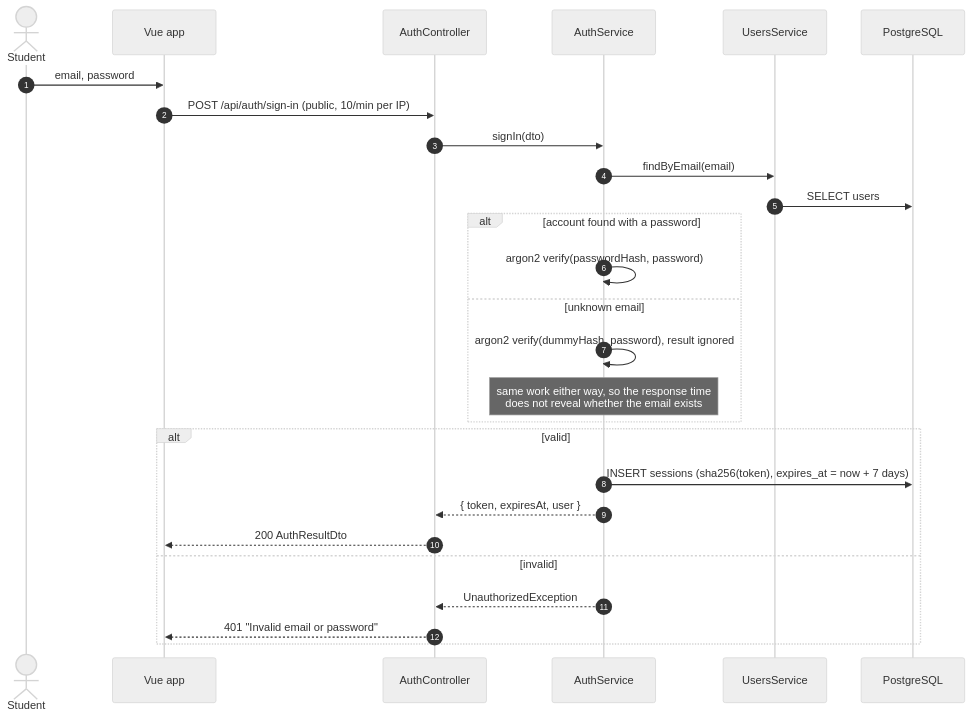
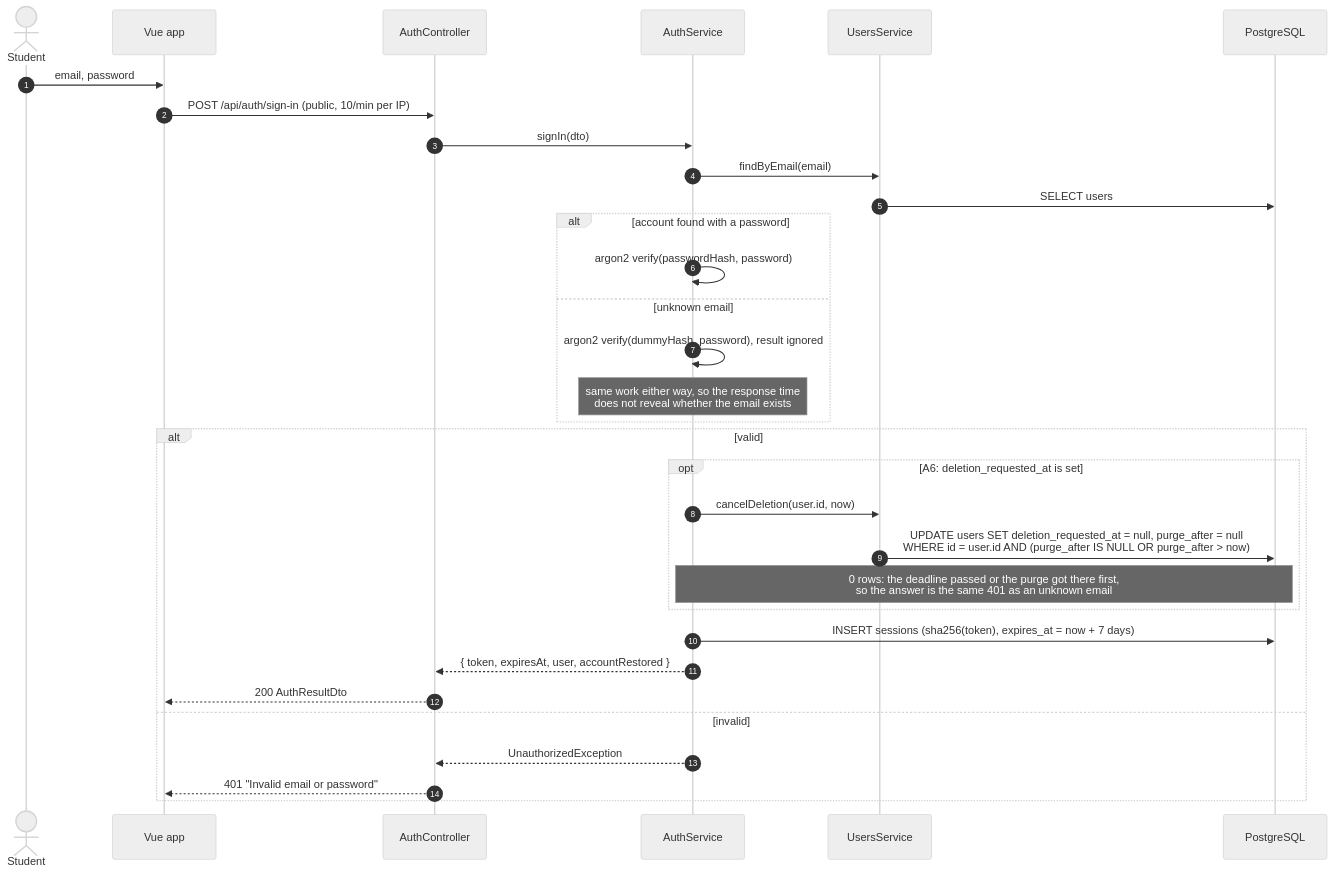
The second of 5 diagrams in docs/analysis-and-design/sequence-diagrams/UC-01-sign-up-and-onboard.md (LLaammTTeerr/omnicourses), drawn with Mermaid (neutral theme) before and after one commit. The commit also changed other lines of this file, not shown here.

First line of the commit message:
docs(design): draw account restore and the sign-up race in uc-01

````diff
--- a/docs/analysis-and-design/sequence-diagrams/UC-01-sign-up-and-onboard.md
+++ b/docs/analysis-and-design/sequence-diagrams/UC-01-sign-up-and-onboard.md
@@ -52,30 +53,35 @@
 ```mermaid
 sequenceDiagram
     autonumber
     actor Student
     participant SPA as Vue app
     participant Ctrl as AuthController
     participant Auth as AuthService
     participant Users as UsersService
     participant DB as PostgreSQL
 
     Student->>SPA: email, password
     SPA->>Ctrl: POST /api/auth/sign-in (public, 10/min per IP)
     Ctrl->>Auth: signIn(dto)
     Auth->>Users: findByEmail(email)
     Users->>DB: SELECT users
     alt account found with a password
         Auth->>Auth: argon2 verify(passwordHash, password)
     else unknown email
         Auth->>Auth: argon2 verify(dummyHash, password), result ignored
         Note over Auth: same work either way, so the response time<br/>does not reveal whether the email exists
     end
     alt valid
+        opt A6: deletion_requested_at is set
+            Auth->>Users: cancelDeletion(user.id, now)
+            Users->>DB: UPDATE users SET deletion_requested_at = null, purge_after = null<br/>WHERE id = user.id AND (purge_after IS NULL OR purge_after > now)
+            Note over Auth,DB: 0 rows: the deadline passed or the purge got there first,<br/>so the answer is the same 401 as an unknown email
+        end
         Auth->>DB: INSERT sessions (sha256(token), expires_at = now + 7 days)
-        Auth-->>Ctrl: { token, expiresAt, user }
+        Auth-->>Ctrl: { token, expiresAt, user, accountRestored }
         Ctrl-->>SPA: 200 AuthResultDto
     else invalid
         Auth-->>Ctrl: UnauthorizedException
         Ctrl-->>SPA: 401 "Invalid email or password"
     end
 ```
````
